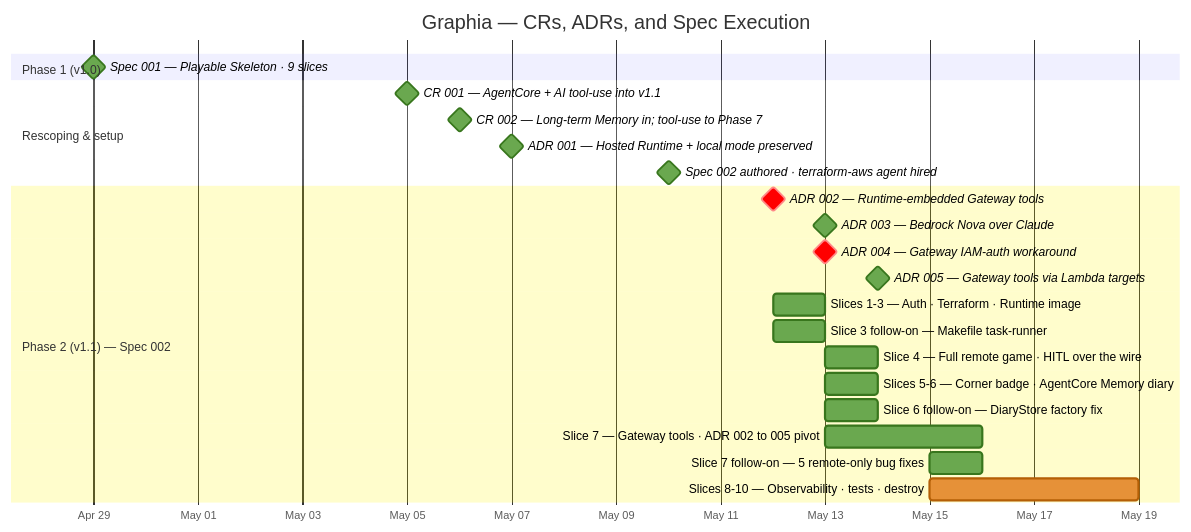
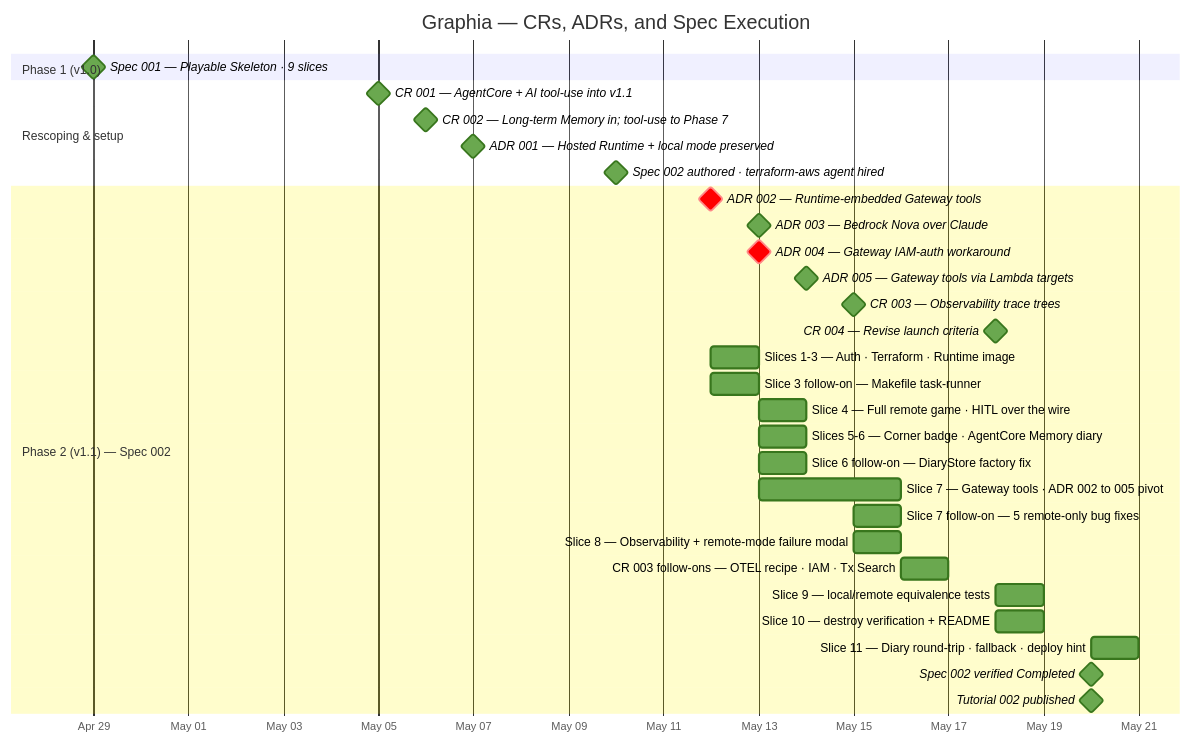
The first of 3 diagrams in context/project-timeline.md (tigra/graphia), drawn with Mermaid before and after one commit. The commit also changed other lines of this file and 2 other files, not shown here.

First line of the commit message:
Project timeline: fold in Phase 2 closure + critique fixes

````diff
--- a/context/project-timeline.md
+++ b/context/project-timeline.md
@@ -16,30 +16,38 @@
 ```mermaid
 %%{init: {'themeVariables': {'doneTaskBkgColor': '#6aa84f', 'doneTaskBorderColor': '#38761d', 'activeTaskBkgColor': '#e69138', 'activeTaskBorderColor': '#b45f06'}}}%%
 gantt
     title Graphia — CRs, ADRs, and Spec Execution
     dateFormat YYYY-MM-DD
     axisFormat %b %d
 
     section Phase 1 (v1.0)
     Spec 001 — Playable Skeleton · 9 slices             :milestone, done, sp1, 2026-04-29, 0d
 
     section Rescoping & setup
     CR 001 — AgentCore + AI tool-use into v1.1           :milestone, done, m1, 2026-05-05, 0d
     CR 002 — Long-term Memory in; tool-use to Phase 7    :milestone, done, m2, 2026-05-06, 0d
     ADR 001 — Hosted Runtime + local mode preserved      :milestone, done, a1, 2026-05-07, 0d
     Spec 002 authored · terraform-aws agent hired        :milestone, done, sp2, 2026-05-10, 0d
 
     section Phase 2 (v1.1) — Spec 002
     ADR 002 — Runtime-embedded Gateway tools             :milestone, crit, a2, 2026-05-12, 0d
     ADR 003 — Bedrock Nova over Claude                   :milestone, done, a3, 2026-05-13, 0d
     ADR 004 — Gateway IAM-auth workaround                :milestone, crit, a4, 2026-05-13, 0d
     ADR 005 — Gateway tools via Lambda targets           :milestone, done, a5, 2026-05-14, 0d
+    CR 003 — Observability trace trees                   :milestone, done, c3, 2026-05-15, 0d
+    CR 004 — Revise launch criteria                      :milestone, done, c4, 2026-05-18, 0d
     Slices 1-3 — Auth · Terraform · Runtime image        :done, s13, 2026-05-12, 1d
     Slice 3 follow-on — Makefile task-runner             :done, s3f, 2026-05-12, 1d
     Slice 4 — Full remote game · HITL over the wire      :done, s4, 2026-05-13, 1d
     Slices 5-6 — Corner badge · AgentCore Memory diary   :done, s56, 2026-05-13, 1d
     Slice 6 follow-on — DiaryStore factory fix           :done, s6f, 2026-05-13, 1d
     Slice 7 — Gateway tools · ADR 002 to 005 pivot       :done, s7, 2026-05-13, 3d
     Slice 7 follow-on — 5 remote-only bug fixes          :done, fix, 2026-05-15, 1d
-    Slices 8-10 — Observability · tests · destroy        :active, s810, 2026-05-15, 4d
+    Slice 8 — Observability + remote-mode failure modal  :done, s8, 2026-05-15, 1d
+    CR 003 follow-ons — OTEL recipe · IAM · Tx Search    :done, s8f, 2026-05-16, 1d
+    Slice 9 — local/remote equivalence tests             :done, s9, 2026-05-18, 1d
+    Slice 10 — destroy verification + README             :done, s10, 2026-05-18, 1d
+    Slice 11 — Diary round-trip · fallback · deploy hint :done, s11, 2026-05-20, 1d
+    Spec 002 verified Completed                          :milestone, done, sp2v, 2026-05-20, 0d
+    Tutorial 002 published                               :milestone, done, sp2t, 2026-05-20, 0d
 ```
````
